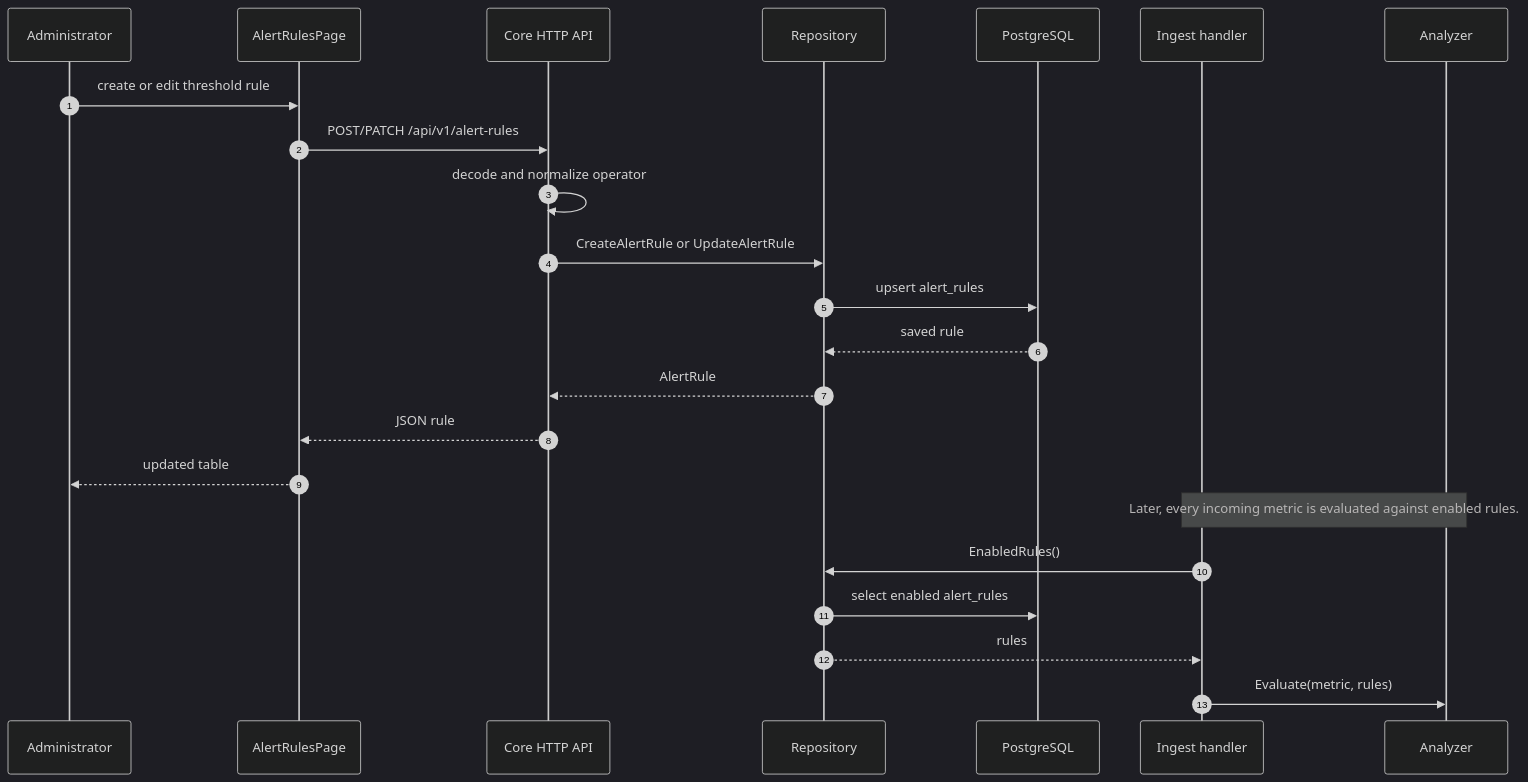
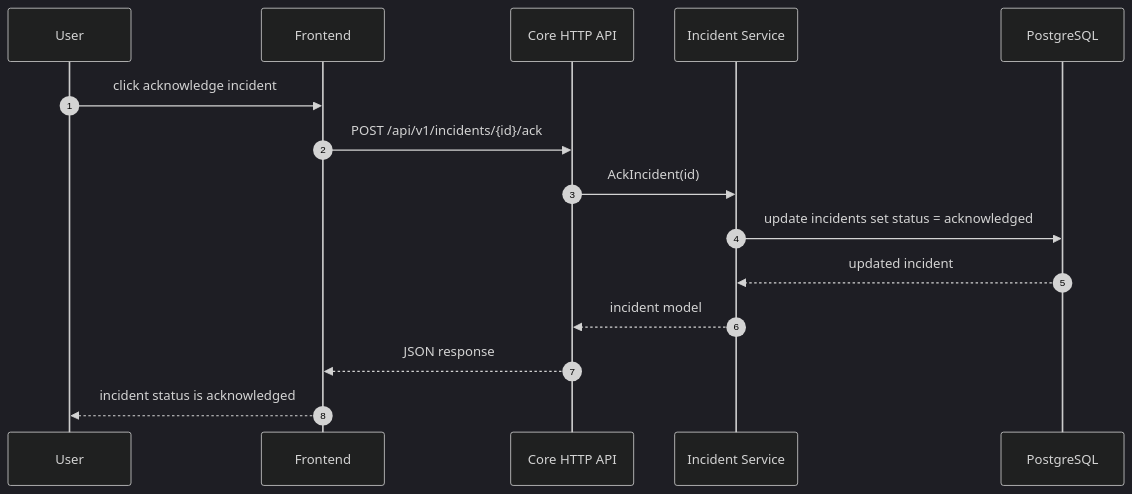
Diagram 18 of 24 in docs/uml-diagrams.md (MTXIK/container-monitoring), drawn with Mermaid (dark theme) before and after one commit. The commit also changed other lines of this file, not shown here.

Commit message:
add diagrams

````diff
--- a/docs/uml-diagrams.md
+++ b/docs/uml-diagrams.md
@@ -565,27 +550,18 @@
 ```mermaid
 sequenceDiagram
     autonumber
-    participant Admin as Administrator
-    participant UI as AlertRulesPage
-    participant API as Core HTTP API
-    participant Repo as Repository
+    participant User as User
+    participant Frontend as Frontend
+    participant HTTP as Core HTTP API
+    participant Incident as Incident Service
     participant Postgres as PostgreSQL
-    participant Handler as Ingest handler
-    participant Analyzer as Analyzer
 
-    Admin->>UI: create or edit threshold rule
-    UI->>API: POST/PATCH /api/v1/alert-rules
-    API->>API: decode and normalize operator
-    API->>Repo: CreateAlertRule or UpdateAlertRule
-    Repo->>Postgres: upsert alert_rules
-    Postgres-->>Repo: saved rule
-    Repo-->>API: AlertRule
-    API-->>UI: JSON rule
-    UI-->>Admin: updated table
-
-    Note over Handler,Analyzer: Later, every incoming metric is evaluated against enabled rules.
-    Handler->>Repo: EnabledRules()
-    Repo->>Postgres: select enabled alert_rules
-    Repo-->>Handler: rules
-    Handler->>Analyzer: Evaluate(metric, rules)
+    User->>Frontend: click acknowledge incident
+    Frontend->>HTTP: POST /api/v1/incidents/{id}/ack
+    HTTP->>Incident: AckIncident(id)
+    Incident->>Postgres: update incidents set status = acknowledged
+    Postgres-->>Incident: updated incident
+    Incident-->>HTTP: incident model
+    HTTP-->>Frontend: JSON response
+    Frontend-->>User: incident status is acknowledged
 ```
````
